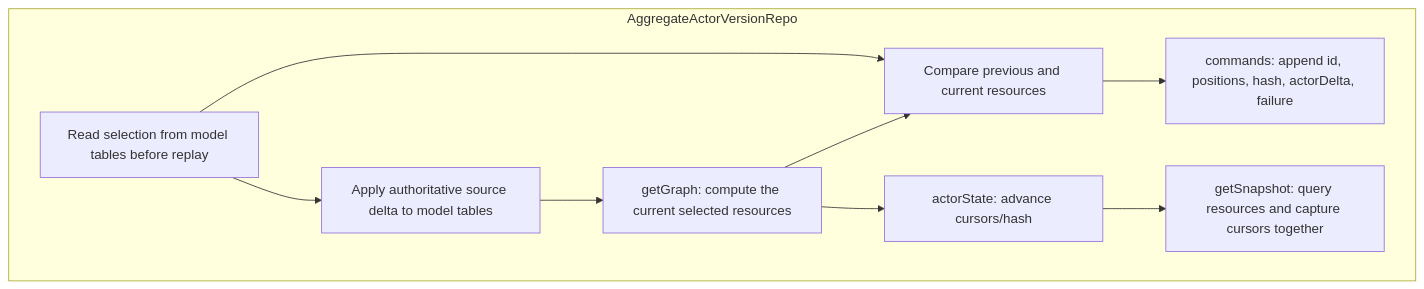
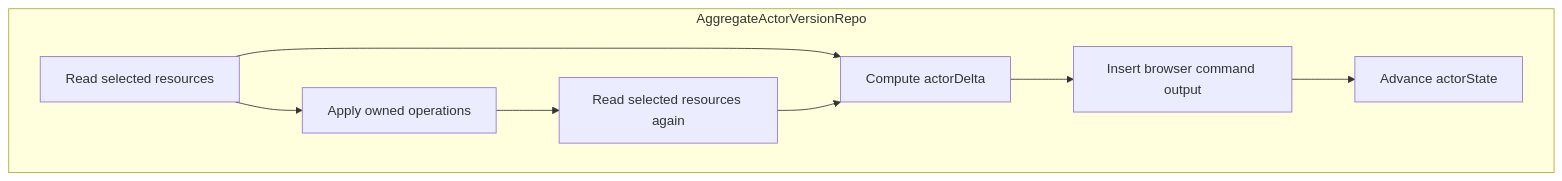
Before and after one commit to morgs32/qrk.sh: the second of 3 diagrams in wiki/architecture/server/admitCommands.md, drawn with Mermaid. The commit also changed other lines of this file and 1035 other files, not shown here.

````diff
--- a/wiki/architecture/server/admitCommands.md
+++ b/wiki/architecture/server/admitCommands.md
@@ -107,11 +128,11 @@
 ```mermaid
 flowchart TD
   subgraph AggregateActorVersionRepo
-    Previous["Read selection from model tables before replay"] --> Source[Apply authoritative source delta to model tables] --> Select["getGraph: compute the current selected resources"]
-    Previous --> Diff[Compare previous and current resources]
-    Select --> Diff
-    Diff --> Commands["commands: append id, positions, hash, actorDelta, failure"]
-    Select --> State["actorState: advance cursors/hash"]
-    State --> Snapshot["getSnapshot: query resources and capture cursors together"]
+    Before[Read selected resources] --> Replay[Apply owned operations]
+    Replay --> After[Read selected resources again]
+    Before --> Delta[Compute actorDelta]
+    After --> Delta
+    Delta --> Output[Insert browser command output]
+    Output --> Checkpoint[Advance actorState]
   end
 ```
````
